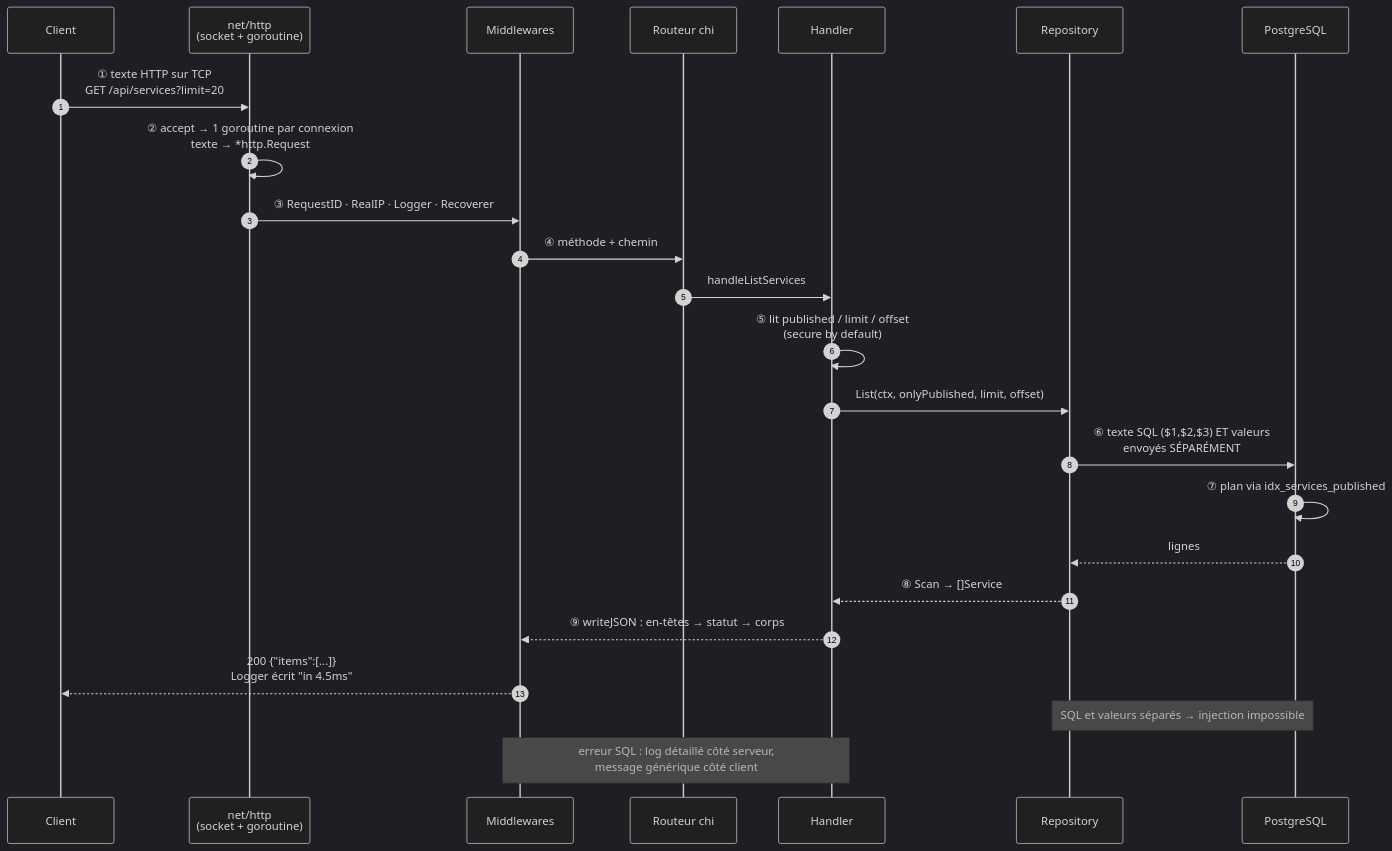
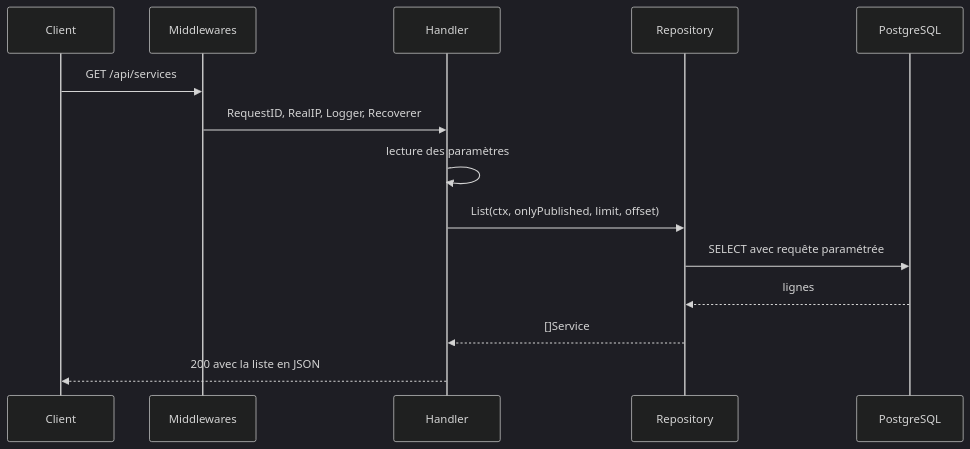
One commit to sofianealhoz/corporate-service-portal changed the second of 2 diagrams in README.md. Above: the diagram before and after it, drawn with Mermaid (dark theme). The commit also changed other lines of this file and 11 other files, not shown here.

````diff
--- a/README.md
+++ b/README.md
@@ -141,28 +74,17 @@
 ```mermaid
 sequenceDiagram
-    autonumber
     participant C as Client
-    participant NET as net/http<br/>(socket + goroutine)
-    participant MW as Middlewares
-    participant RT as Routeur chi
+    participant M as Middlewares
     participant H as Handler
     participant R as Repository
     participant DB as PostgreSQL
 
-    C->>NET: ① texte HTTP sur TCP<br/>GET /api/services?limit=20
-    NET->>NET: ② accept → 1 goroutine par connexion<br/>texte → *http.Request
-    NET->>MW: ③ RequestID · RealIP · Logger · Recoverer
-    MW->>RT: ④ méthode + chemin
-    RT->>H: handleListServices
-    H->>H: ⑤ lit published / limit / offset<br/>(secure by default)
+    C->>M: GET /api/services
+    M->>H: RequestID, RealIP, Logger, Recoverer
+    H->>H: lecture des paramètres
     H->>R: List(ctx, onlyPublished, limit, offset)
-    R->>DB: ⑥ texte SQL ($1,$2,$3) ET valeurs<br/>envoyés SÉPARÉMENT
-    DB->>DB: ⑦ plan via idx_services_published
+    R->>DB: SELECT avec requête paramétrée
     DB-->>R: lignes
-    R-->>H: ⑧ Scan → []Service
-    H-->>MW: ⑨ writeJSON : en-têtes → statut → corps
-    MW-->>C: 200 {"items":[...]}<br/>Logger écrit "in 4.5ms"
-
-    Note over R,DB: SQL et valeurs séparés → injection impossible
-    Note over H,MW: erreur SQL : log détaillé côté serveur,<br/>message générique côté client
+    R-->>H: []Service
+    H-->>C: 200 avec la liste en JSON
 ```
````
